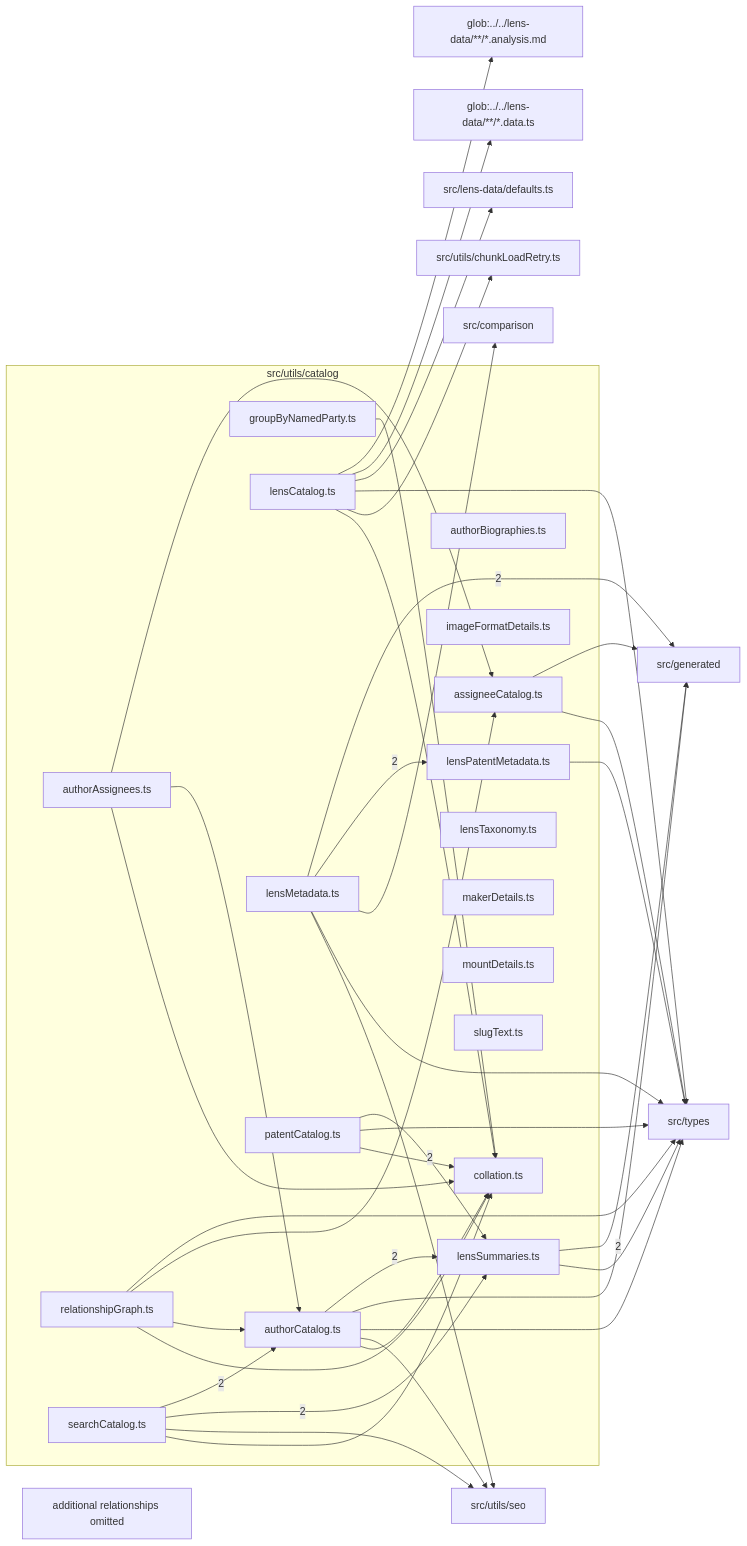
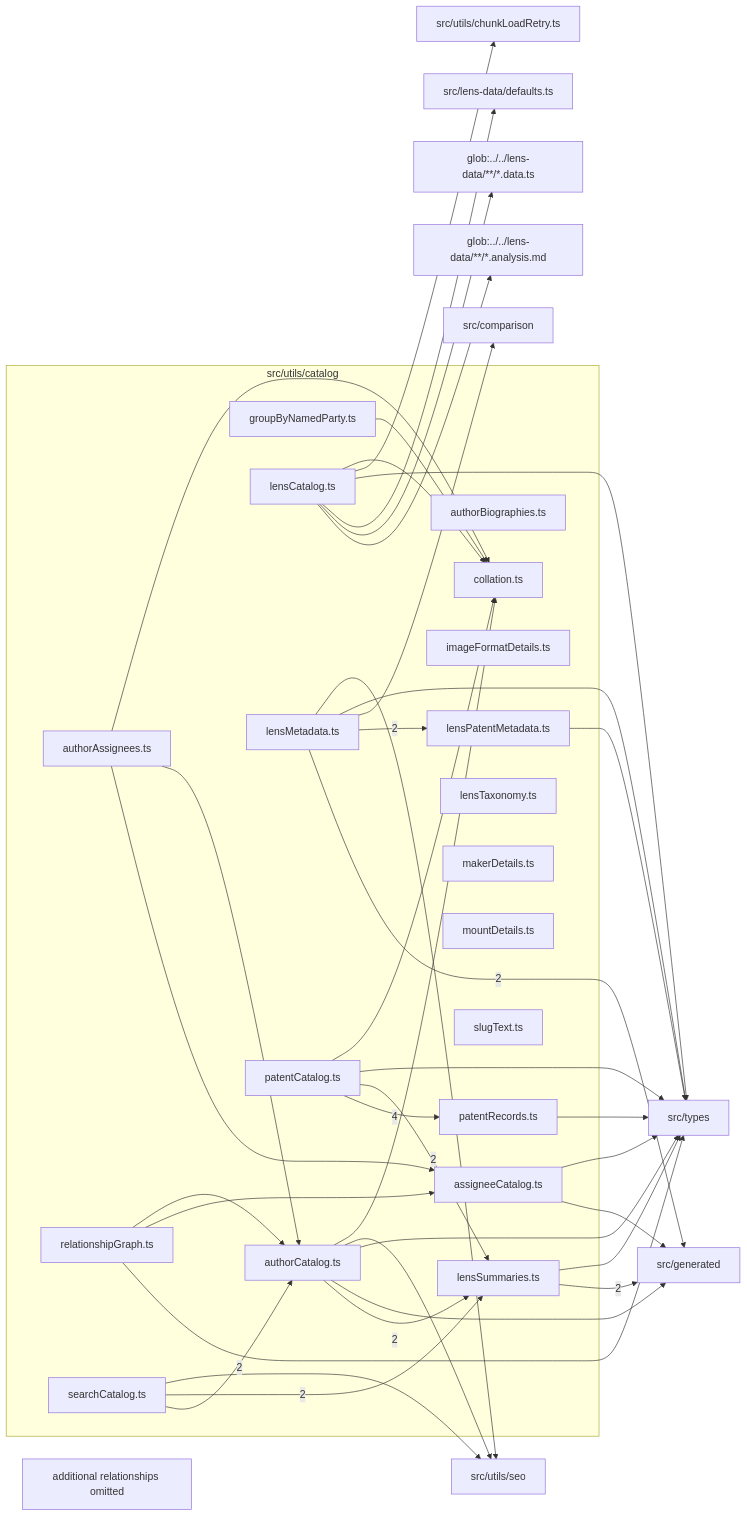
One commit to ronbuening/LensVisualizer changed the diagram in src/utils/catalog/readme.md. Above: the diagram before and after it, drawn with Mermaid. The commit also changed other lines of this file and 6 other files, not shown here.

````diff
--- a/src/utils/catalog/readme.md
+++ b/src/utils/catalog/readme.md
@@ -9,68 +9,69 @@
 ```mermaid
 flowchart LR
   subgraph n_src_utils_catalog["src/utils/catalog"]
     n_src_utils_catalog_src_utils_catalog_assigneeCatalog_ts["assigneeCatalog.ts"]
     n_src_utils_catalog_src_utils_catalog_authorAssignees_ts["authorAssignees.ts"]
     n_src_utils_catalog_src_utils_catalog_authorBiographies_ts["authorBiographies.ts"]
     n_src_utils_catalog_src_utils_catalog_authorCatalog_ts["authorCatalog.ts"]
     n_src_utils_catalog_src_utils_catalog_collation_ts["collation.ts"]
     n_src_utils_catalog_src_utils_catalog_groupByNamedParty_ts["groupByNamedParty.ts"]
     n_src_utils_catalog_src_utils_catalog_imageFormatDetails_ts["imageFormatDetails.ts"]
     n_src_utils_catalog_src_utils_catalog_lensCatalog_ts["lensCatalog.ts"]
     n_src_utils_catalog_src_utils_catalog_lensMetadata_ts["lensMetadata.ts"]
     n_src_utils_catalog_src_utils_catalog_lensPatentMetadata_ts["lensPatentMetadata.ts"]
     n_src_utils_catalog_src_utils_catalog_lensSummaries_ts["lensSummaries.ts"]
     n_src_utils_catalog_src_utils_catalog_lensTaxonomy_ts["lensTaxonomy.ts"]
     n_src_utils_catalog_src_utils_catalog_makerDetails_ts["makerDetails.ts"]
     n_src_utils_catalog_src_utils_catalog_mountDetails_ts["mountDetails.ts"]
     n_src_utils_catalog_src_utils_catalog_patentCatalog_ts["patentCatalog.ts"]
+    n_src_utils_catalog_src_utils_catalog_patentRecords_ts["patentRecords.ts"]
     n_src_utils_catalog_src_utils_catalog_relationshipGraph_ts["relationshipGraph.ts"]
     n_src_utils_catalog_src_utils_catalog_searchCatalog_ts["searchCatalog.ts"]
     n_src_utils_catalog_src_utils_catalog_slugText_ts["slugText.ts"]
   end
   n_external_src_generated["src/generated"]
   n_external_glob_______lens_data______analysis_md["glob:../../lens-data/**/*.analysis.md"]
   n_external_glob_______lens_data______data_ts["glob:../../lens-data/**/*.data.ts"]
   n_external_src_comparison["src/comparison"]
   n_external_src_lens_data_defaults_ts["src/lens-data/defaults.ts"]
   n_external_src_types["src/types"]
   n_external_src_utils_chunkLoadRetry_ts["src/utils/chunkLoadRetry.ts"]
   n_external_src_utils_seo["src/utils/seo"]
+  n_src_utils_catalog_src_utils_catalog_patentCatalog_ts --> |4| n_src_utils_catalog_src_utils_catalog_patentRecords_ts
   n_src_utils_catalog_src_utils_catalog_lensMetadata_ts --> |2| n_external_src_generated
   n_src_utils_catalog_src_utils_catalog_lensSummaries_ts --> |2| n_external_src_generated
   n_src_utils_catalog_src_utils_catalog_searchCatalog_ts --> |2| n_src_utils_catalog_src_utils_catalog_authorCatalog_ts
   n_src_utils_catalog_src_utils_catalog_lensMetadata_ts --> |2| n_src_utils_catalog_src_utils_catalog_lensPatentMetadata_ts
   n_src_utils_catalog_src_utils_catalog_authorCatalog_ts --> |2| n_src_utils_catalog_src_utils_catalog_lensSummaries_ts
   n_src_utils_catalog_src_utils_catalog_patentCatalog_ts --> |2| n_src_utils_catalog_src_utils_catalog_lensSummaries_ts
   n_src_utils_catalog_src_utils_catalog_searchCatalog_ts --> |2| n_src_utils_catalog_src_utils_catalog_lensSummaries_ts
   n_src_utils_catalog_src_utils_catalog_lensCatalog_ts --> n_external_glob_______lens_data______analysis_md
   n_src_utils_catalog_src_utils_catalog_lensCatalog_ts --> n_external_glob_______lens_data______data_ts
   n_src_utils_catalog_src_utils_catalog_lensMetadata_ts --> n_external_src_comparison
   n_src_utils_catalog_src_utils_catalog_assigneeCatalog_ts --> n_external_src_generated
   n_src_utils_catalog_src_utils_catalog_authorCatalog_ts --> n_external_src_generated
   n_src_utils_catalog_src_utils_catalog_lensCatalog_ts --> n_external_src_lens_data_defaults_ts
   n_src_utils_catalog_src_utils_catalog_assigneeCatalog_ts --> n_external_src_types
   n_src_utils_catalog_src_utils_catalog_authorCatalog_ts --> n_external_src_types
   n_src_utils_catalog_src_utils_catalog_lensCatalog_ts --> n_external_src_types
   n_src_utils_catalog_src_utils_catalog_lensMetadata_ts --> n_external_src_types
   n_src_utils_catalog_src_utils_catalog_lensPatentMetadata_ts --> n_external_src_types
   n_src_utils_catalog_src_utils_catalog_lensSummaries_ts --> n_external_src_types
   n_src_utils_catalog_src_utils_catalog_patentCatalog_ts --> n_external_src_types
+  n_src_utils_catalog_src_utils_catalog_patentRecords_ts --> n_external_src_types
   n_src_utils_catalog_src_utils_catalog_relationshipGraph_ts --> n_external_src_types
   n_src_utils_catalog_src_utils_catalog_lensCatalog_ts --> n_external_src_utils_chunkLoadRetry_ts
   n_src_utils_catalog_src_utils_catalog_authorCatalog_ts --> n_external_src_utils_seo
   n_src_utils_catalog_src_utils_catalog_lensMetadata_ts --> n_external_src_utils_seo
   n_src_utils_catalog_src_utils_catalog_searchCatalog_ts --> n_external_src_utils_seo
   n_src_utils_catalog_src_utils_catalog_authorAssignees_ts --> n_src_utils_catalog_src_utils_catalog_assigneeCatalog_ts
   n_src_utils_catalog_src_utils_catalog_relationshipGraph_ts --> n_src_utils_catalog_src_utils_catalog_assigneeCatalog_ts
   n_src_utils_catalog_src_utils_catalog_authorAssignees_ts --> n_src_utils_catalog_src_utils_catalog_authorCatalog_ts
   n_src_utils_catalog_src_utils_catalog_relationshipGraph_ts --> n_src_utils_catalog_src_utils_catalog_authorCatalog_ts
   n_src_utils_catalog_src_utils_catalog_authorAssignees_ts --> n_src_utils_catalog_src_utils_catalog_collation_ts
   n_src_utils_catalog_src_utils_catalog_authorCatalog_ts --> n_src_utils_catalog_src_utils_catalog_collation_ts
   n_src_utils_catalog_src_utils_catalog_groupByNamedParty_ts --> n_src_utils_catalog_src_utils_catalog_collation_ts
   n_src_utils_catalog_src_utils_catalog_lensCatalog_ts --> n_src_utils_catalog_src_utils_catalog_collation_ts
   n_src_utils_catalog_src_utils_catalog_patentCatalog_ts --> n_src_utils_catalog_src_utils_catalog_collation_ts
-  n_src_utils_catalog_src_utils_catalog_relationshipGraph_ts --> n_src_utils_catalog_src_utils_catalog_collation_ts
-  n_src_utils_catalog_src_utils_catalog_searchCatalog_ts --> n_src_utils_catalog_src_utils_catalog_collation_ts
   n_src_utils_catalog_truncated["additional relationships omitted"]
 ```
````
